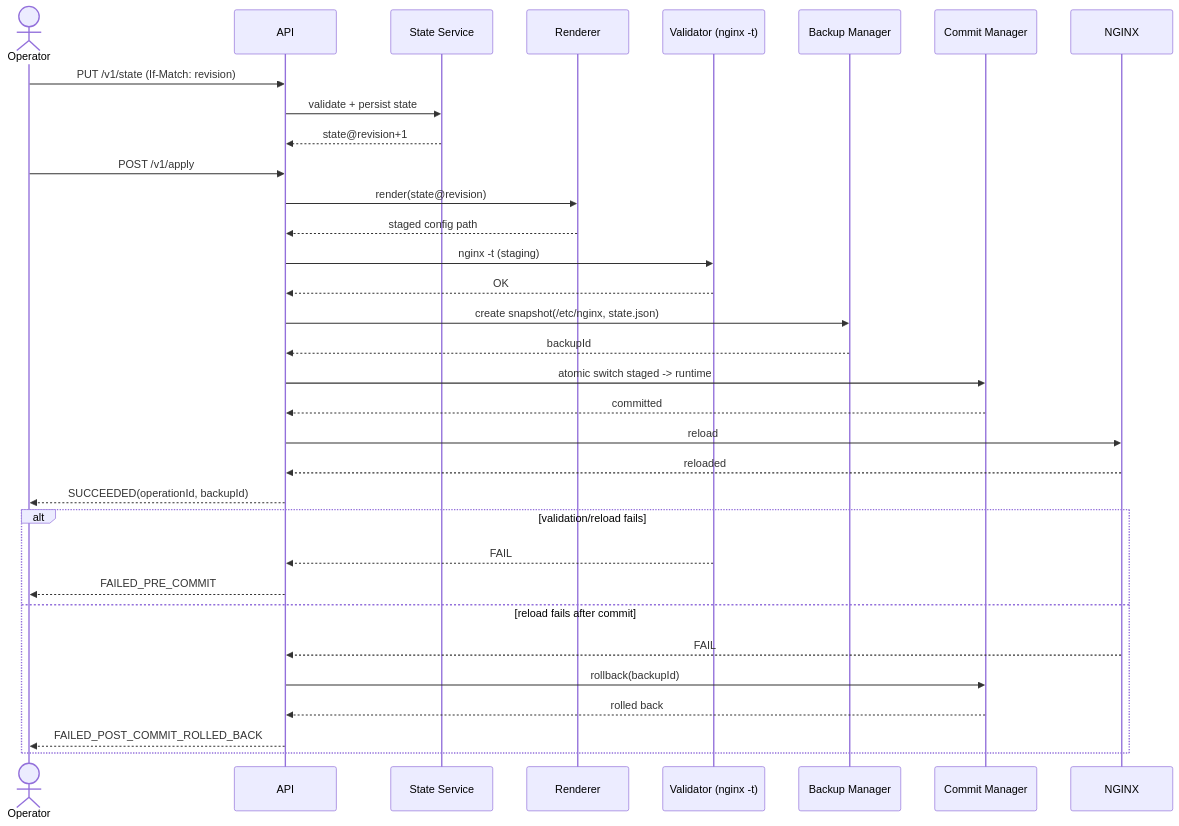
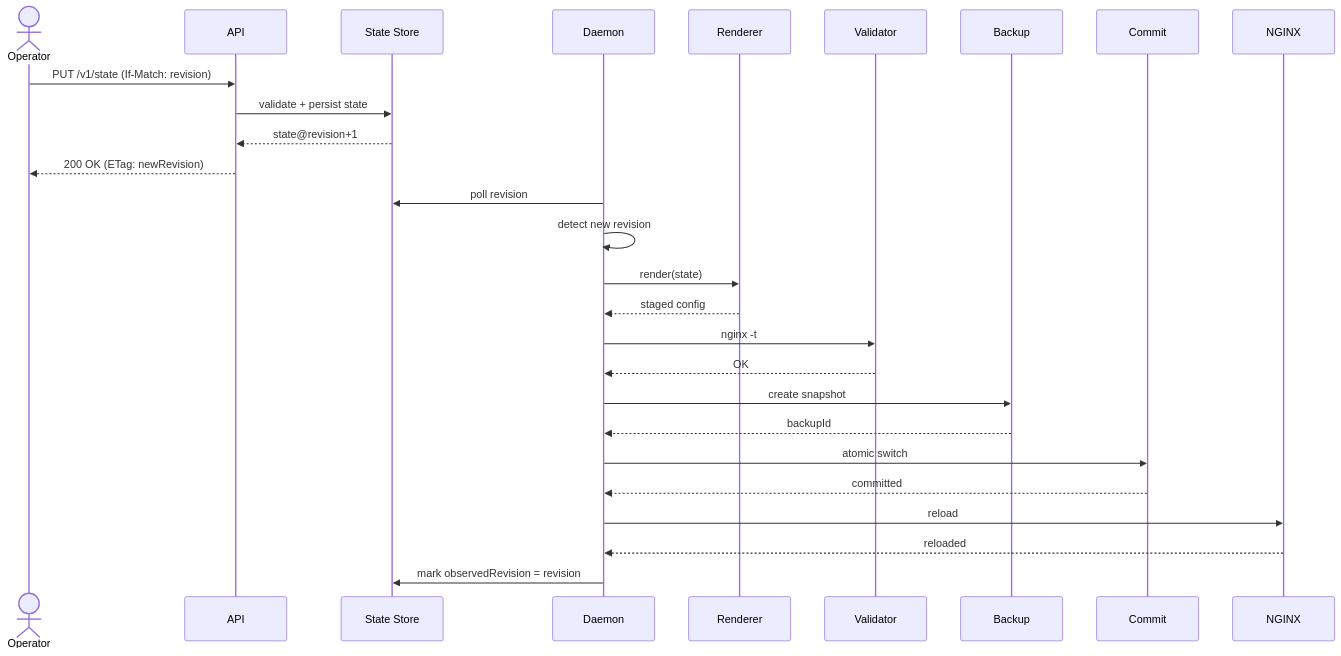
One commit to Vlashex/nginx-admin changed the diagram in docs/diagrams/apply-sequence.md. Above: the diagram before and after it, drawn with Mermaid.

Commit message:
update: apply-sequence.md

````diff
--- a/docs/diagrams/apply-sequence.md
+++ b/docs/diagrams/apply-sequence.md
@@ -3,38 +3,33 @@
 ```mermaid
 sequenceDiagram
   actor Operator
   participant API
-  participant SS as State Service
+  participant SS as State Store
+  participant D as Daemon
   participant R as Renderer
-  participant V as Validator (nginx -t)
-  participant B as Backup Manager
-  participant C as Commit Manager
+  participant V as Validator
+  participant B as Backup
+  participant C as Commit
   participant N as NGINX
 
   Operator->>API: PUT /v1/state (If-Match: revision)
   API->>SS: validate + persist state
   SS-->>API: state@revision+1
+  API-->>Operator: 200 OK (ETag: newRevision)
 
-  Operator->>API: POST /v1/apply
-  API->>R: render(state@revision)
-  R-->>API: staged config path
-  API->>V: nginx -t (staging)
-  V-->>API: OK
-  API->>B: create snapshot(/etc/nginx, state.json)
-  B-->>API: backupId
-  API->>C: atomic switch staged -> runtime
-  C-->>API: committed
-  API->>N: reload
-  N-->>API: reloaded
-  API-->>Operator: SUCCEEDED(operationId, backupId)
+  D->>SS: poll revision
+  D->>D: detect new revision
 
-  alt validation/reload fails
-    V-->>API: FAIL
-    API-->>Operator: FAILED_PRE_COMMIT
-  else reload fails after commit
-    N-->>API: FAIL
-    API->>C: rollback(backupId)
-    C-->>API: rolled back
-    API-->>Operator: FAILED_POST_COMMIT_ROLLED_BACK
-  end
+  D->>R: render(state)
+  R-->>D: staged config
+  D->>V: nginx -t
+  V-->>D: OK
+  D->>B: create snapshot
+  B-->>D: backupId
+  D->>C: atomic switch
+  C-->>D: committed
+  D->>N: reload
+  N-->>D: reloaded
+
+  D->>SS: mark observedRevision = revision
 ```
````
